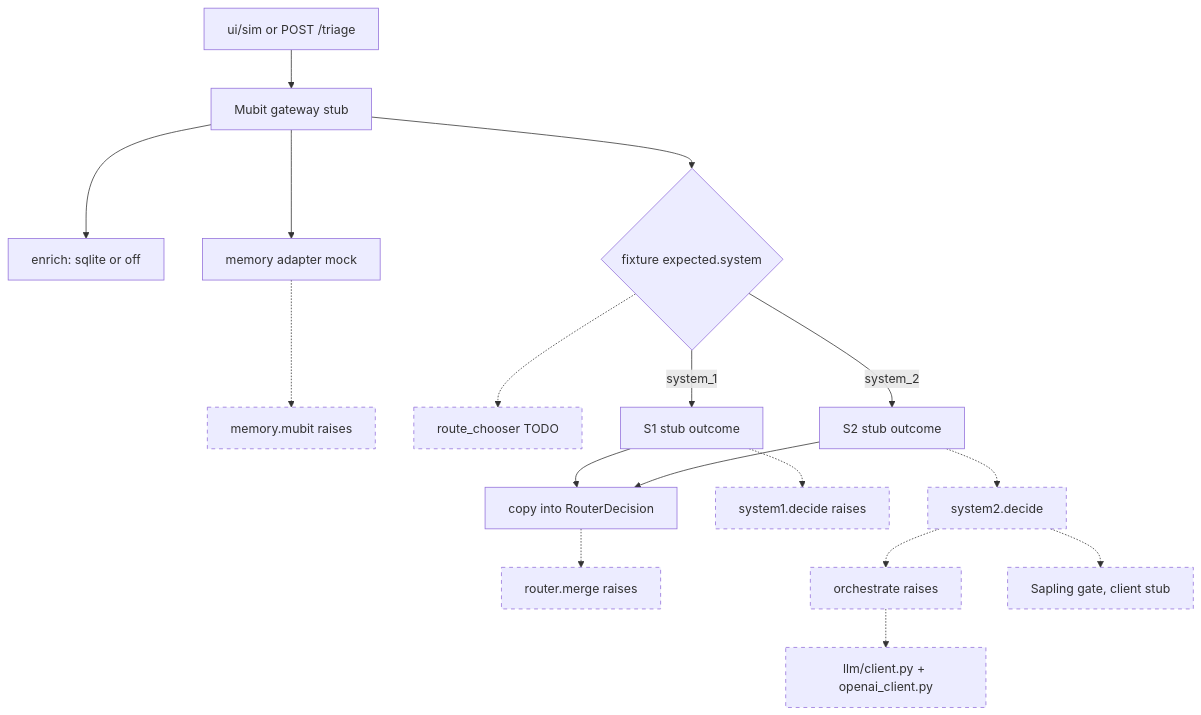
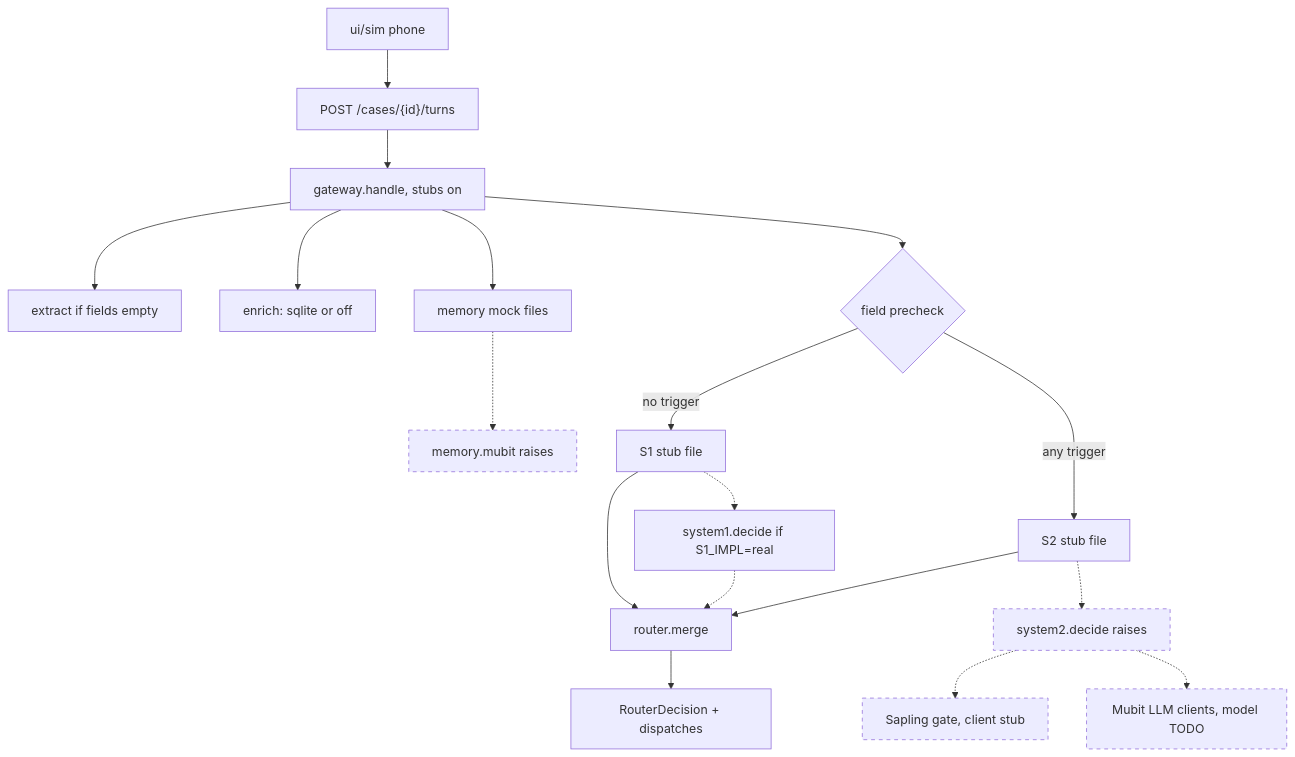
Before and after one commit to melaniepreen/Baan-Safe: the first of 2 diagrams in BaanSafe_Revised_Architecture.md, drawn with Mermaid. The commit also changed other lines of this file and 2 other files, not shown here.

Commit message:
docs: add shared PRD and refresh architecture diagram (1e4ca79)

````diff
--- a/BaanSafe_Revised_Architecture.md
+++ b/BaanSafe_Revised_Architecture.md
@@ -20,20 +20,21 @@
 ```mermaid
 flowchart TD
   classDef unwired stroke-dasharray: 5 5
-  sim["ui/sim or POST /triage"] --> gw["Mubit gateway stub"]
+  phone["ui/sim phone"] --> turns["POST /cases/{id}/turns"]
+  turns --> gw["gateway.handle, stubs on"]
+  gw --> extract["extract if fields empty"]
   gw --> enrich["enrich: sqlite or off"]
-  gw --> mem["memory adapter mock"]
+  gw --> mem["memory mock files"]
   mem -.-> mm["memory.mubit raises"]:::unwired
-  gw --> pick{"fixture expected.system"}
-  pick -.-> chooser["route_chooser TODO"]:::unwired
-  pick -->|system_1| s1["S1 stub outcome"]
-  pick -->|system_2| s2["S2 stub outcome"]
-  s1 --> copy["copy into RouterDecision"]
-  s2 --> copy
-  copy -.-> merge["router.merge raises"]:::unwired
-  s1 -.-> d1["system1.decide raises"]:::unwired
-  s2 -.-> d2["system2.decide"]:::unwired
-  d2 -.-> orch["orchestrate raises"]:::unwired
-  d2 -.-> sap["Sapling gate, client stub"]:::unwired
-  orch -.-> llm["llm/client.py + openai_client.py"]:::unwired
+  gw --> pick{"field precheck"}
+  pick -->|no trigger| s1["S1 stub file"]
+  pick -->|any trigger| s2["S2 stub file"]
+  s1 --> merge["router.merge"]
+  s2 --> merge
+  merge --> out["RouterDecision + dispatches"]
+  s1 -.-> rules["system1.decide if S1_IMPL=real"]
+  rules -.-> merge
+  s2 -.-> s2d["system2.decide raises"]:::unwired
+  s2d -.-> sap["Sapling gate, client stub"]:::unwired
+  s2d -.-> llm["Mubit LLM clients, model TODO"]:::unwired
 ```
````
